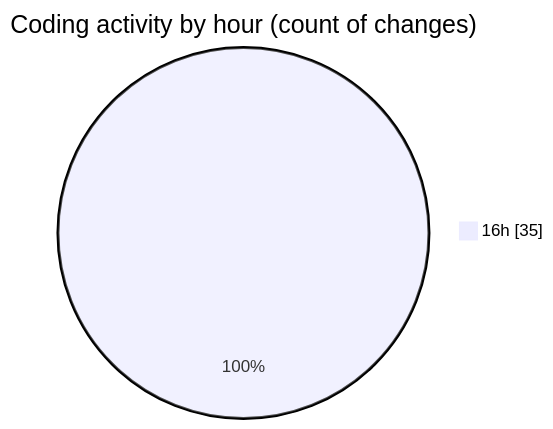
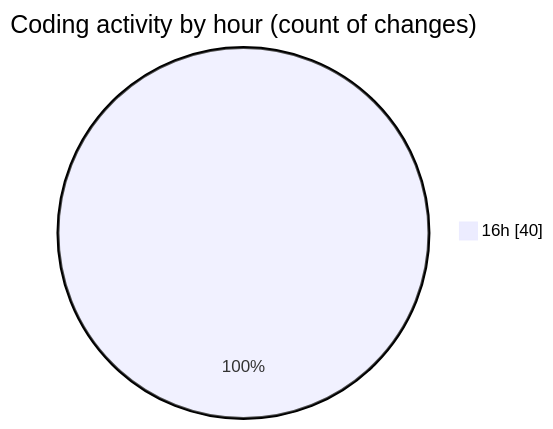
The second of 2 diagrams in 2026-11-13/broadcaster-v6-feature/README.md (momahboobian/code-tracking), drawn with Mermaid before and after one commit. The commit also changed other lines of this file and 1 other file, not shown here.

````diff
--- a/2026-11-13/broadcaster-v6-feature/README.md
+++ b/2026-11-13/broadcaster-v6-feature/README.md
@@ -37,5 +37,5 @@
 ```mermaid
 pie showData
 title Coding activity by hour (count of changes)
-"16h" : 35
+"16h" : 40
 ```
````
